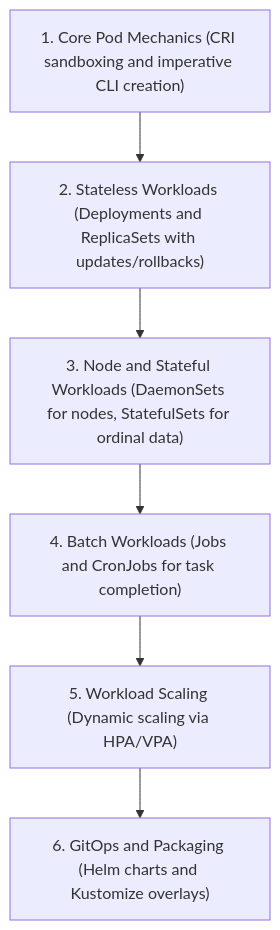
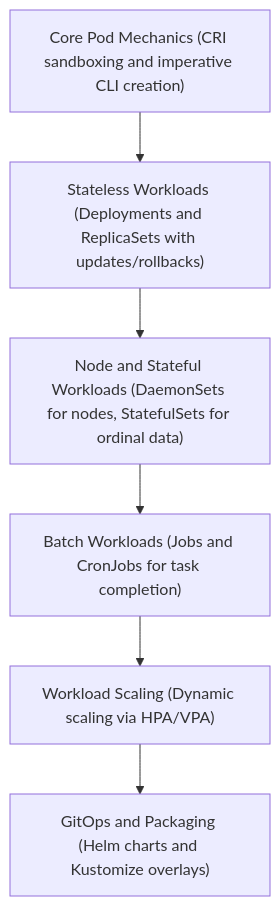
Before and after one commit to kmashour/BrainDump: the first of 4 diagrams in Reference Notes/07_kubernetes_workloads_and_controllers.md, drawn with Mermaid. The commit also changed 15 other files, not shown here.

Commit message:
docs: remove leading numbers from mermaid node labels to avoid list parsing errors

````diff
--- a/Reference Notes/07_kubernetes_workloads_and_controllers.md
+++ b/Reference Notes/07_kubernetes_workloads_and_controllers.md
@@ -11,8 +11,8 @@
 ```mermaid
 graph TD
-    A["1. Core Pod Mechanics (CRI sandboxing and imperative CLI creation)"] --> B["2. Stateless Workloads (Deployments and ReplicaSets with updates/rollbacks)"]
-    B --> C["3. Node and Stateful Workloads (DaemonSets for nodes, StatefulSets for ordinal data)"]
-    C --> D["4. Batch Workloads (Jobs and CronJobs for task completion)"]
-    D --> E["5. Workload Scaling (Dynamic scaling via HPA/VPA)"]
-    E --> F["6. GitOps and Packaging (Helm charts and Kustomize overlays)"]
+    A["Core Pod Mechanics (CRI sandboxing and imperative CLI creation)"] --> B["Stateless Workloads (Deployments and ReplicaSets with updates/rollbacks)"]
+    B --> C["Node and Stateful Workloads (DaemonSets for nodes, StatefulSets for ordinal data)"]
+    C --> D["Batch Workloads (Jobs and CronJobs for task completion)"]
+    D --> E["Workload Scaling (Dynamic scaling via HPA/VPA)"]
+    E --> F["GitOps and Packaging (Helm charts and Kustomize overlays)"]
 ```
````
